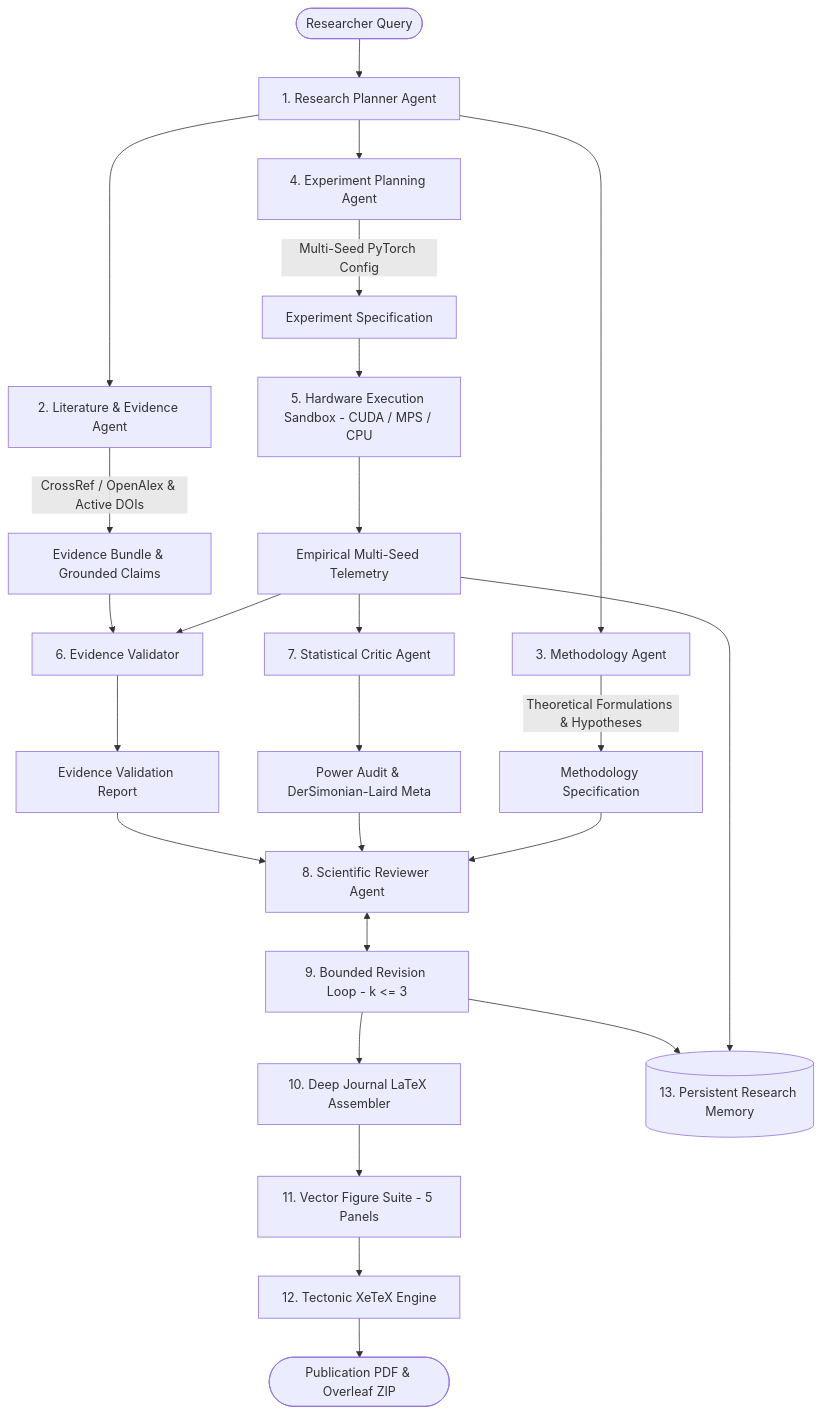
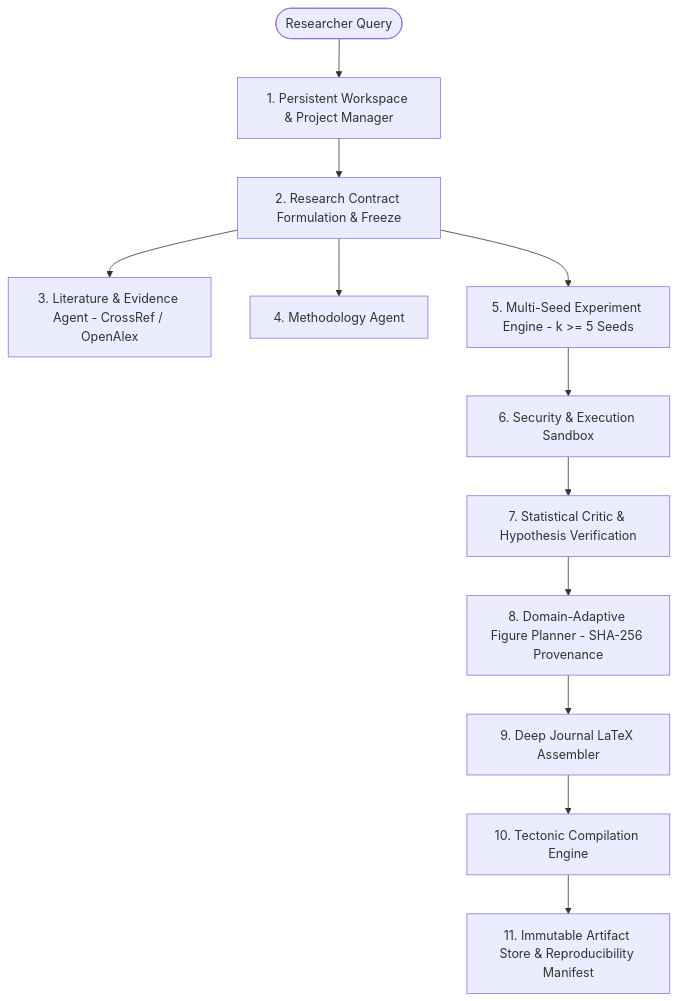
Before and after one commit to chsushen/novascientist: the diagram in README.md, drawn with Mermaid. The commit also changed other lines of this file and 31 other files, not shown here.

Commit message:
feat(v2.3): complete Production MVP infrastructure, persistent workspaces, job queue, API, security, reproducibility, and readiness report

````diff
--- a/README.md
+++ b/README.md
@@ -21,36 +17,16 @@
 ```mermaid
 graph TD
-    User([Researcher Query]) --> Planner[1. Research Planner Agent]
-    Planner --> LitAgent[2. Literature & Evidence Agent]
-    Planner --> MethodAgent[3. Methodology Agent]
-    Planner --> ExpAgent[4. Experiment Planning Agent]
+    User([Researcher Query]) --> Proj[1. Persistent Workspace & Project Manager]
+    Proj --> Contract[2. Research Contract Formulation & Freeze]
+    Contract --> LitAgent[3. Literature & Evidence Agent - CrossRef / OpenAlex]
+    Contract --> MethodAgent[4. Methodology Agent]
+    Contract --> ExpAgent[5. Multi-Seed Experiment Engine - k >= 5 Seeds]
     
-    LitAgent --> |CrossRef / OpenAlex & Active DOIs| EvBundle[Evidence Bundle & Grounded Claims]
-    MethodAgent --> |Theoretical Formulations & Hypotheses| MethodSpec[Methodology Specification]
-    ExpAgent --> |Multi-Seed PyTorch Config| ExpSpec[Experiment Specification]
+    ExpAgent --> Sandbox[6. Security & Execution Sandbox]
+    Sandbox --> StatCritic[7. Statistical Critic & Hypothesis Verification]
+    StatCritic --> FigPlan[8. Domain-Adaptive Figure Planner - SHA-256 Provenance]
     
-    ExpSpec --> Sandbox[5. Hardware Execution Sandbox - CUDA / MPS / CPU]
-    Sandbox --> ExpRecords[Empirical Multi-Seed Telemetry]
-    
-    EvBundle --> Validator[6. Evidence Validator]
-    ExpRecords --> Validator
-    Validator --> ValReport[Evidence Validation Report]
-    
-    ExpRecords --> StatCritic[7. Statistical Critic Agent]
-    StatCritic --> StatCritique[Power Audit & DerSimonian-Laird Meta]
-    
-    ValReport --> Reviewer[8. Scientific Reviewer Agent]
-    StatCritique --> Reviewer
-    MethodSpec --> Reviewer
-    
-    Reviewer <--> RevisionLoop[9. Bounded Revision Loop - k <= 3]
-    RevisionLoop --> Assembler[10. Deep Journal LaTeX Assembler]
-    
-    Assembler --> VectorSuite[11. Vector Figure Suite - 5 Panels]
-    VectorSuite --> Compiler[12. Tectonic XeTeX Engine]
-    
-    Compiler --> PDF([Publication PDF & Overleaf ZIP])
-    
-    RevisionLoop --> Memory[(13. Persistent Research Memory)]
-    ExpRecords --> Memory
+    FigPlan --> Assembler[9. Deep Journal LaTeX Assembler]
+    Assembler --> Tectonic[10. Tectonic Compilation Engine]
+    Tectonic --> Artifacts[11. Immutable Artifact Store & Reproducibility Manifest]
 ```
````
